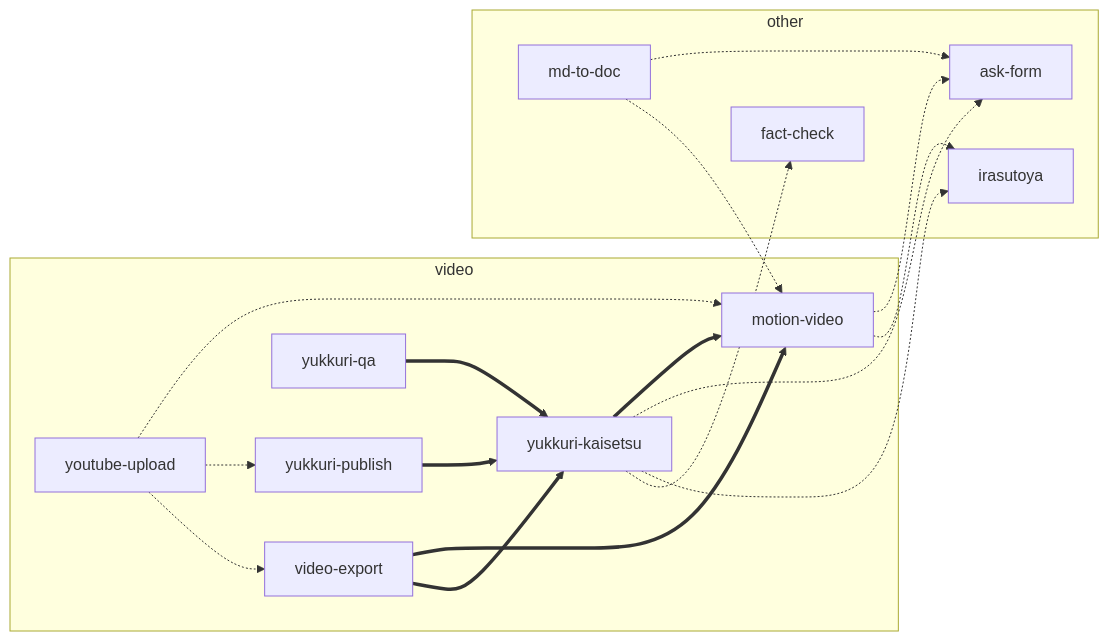
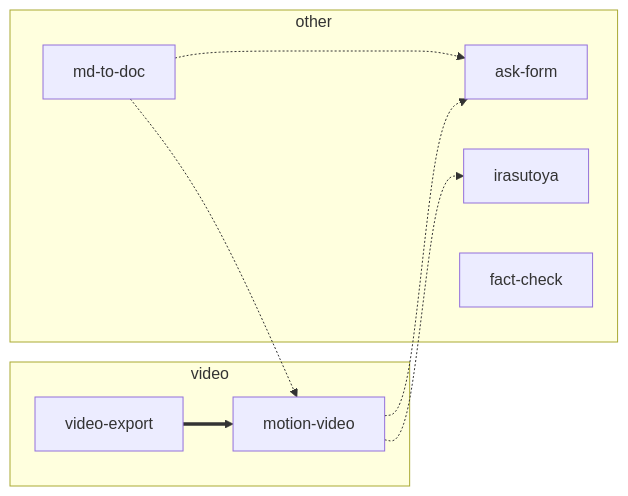
The diagram in docs/ClaudeCode/skills/README.md (asaomaro/public_docs), drawn with Mermaid before and after one commit. The commit also changed other lines of this file and 119 other files, not shown here.

First line of the commit message:
refactor(skills): yukkuri のスキルと youtube-upload を、非公開のリポジトリ yukkuri-work へ移す

````diff
--- a/docs/ClaudeCode/skills/README.md
+++ b/docs/ClaudeCode/skills/README.md
@@ -19,32 +19,18 @@
 ```mermaid
 flowchart LR
   subgraph video
     MV[motion-video]
-    YK[yukkuri-kaisetsu]
-    YP[yukkuri-publish]
-    YQ[yukkuri-qa]
     VE[video-export]
-    YU[youtube-upload]
   end
   subgraph other
     AF[ask-form]
     MD[md-to-doc]
     IR[irasutoya]
     FC[fact-check]
   end
-  YK ==> MV
-  YP ==> YK
-  YQ ==> YK
   VE ==> MV
-  VE ==> YK
-  YU -.-> MV
-  YU -.-> YP
-  YU -.-> VE
   MV -.-> AF
-  YK -.-> AF
   MD -.-> AF
   MD -.-> MV
   MV -.-> IR
-  YK -.-> IR
-  YK -.-> FC
 ```
````
